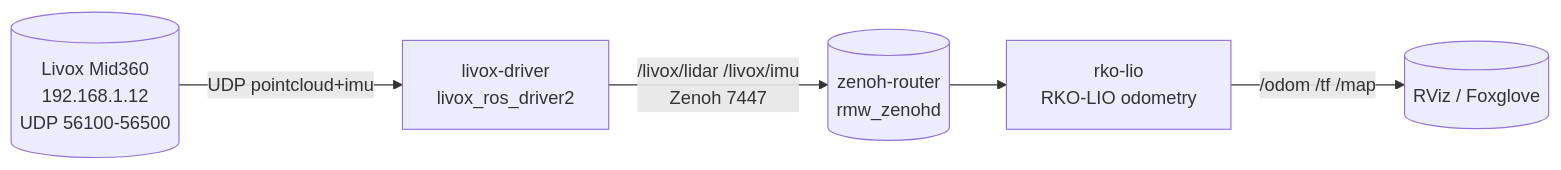
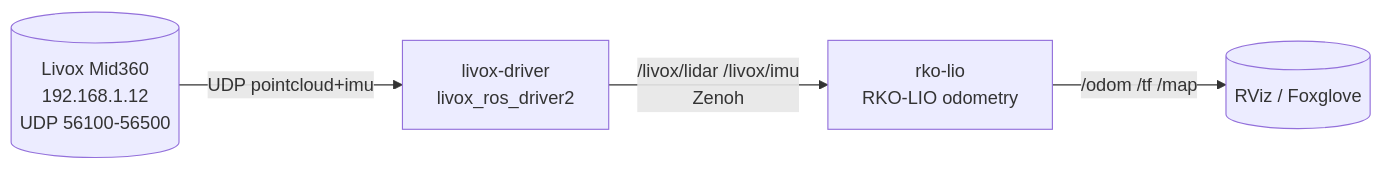
One commit to sattwik-sahu/livox-mid360_rko-lio_ros2 changed the diagram in README.md. Above: the diagram before and after it, drawn with Mermaid. The commit also changed other lines of this file and 16 other files, not shown here.

Commit message:
refactor: Livox LIO title, light theme, remove zenoh router (external pixi), drop mac bridge, fix livox build, tidy dir tree (docker/, config/livox, config/rko_lio)

````diff
--- a/README.md
+++ b/README.md
@@ -71,7 +74,6 @@
 ```mermaid
 flowchart LR
   LIDAR[(Livox Mid360<br/>192.168.1.12<br/>UDP 56100-56500)] -->|UDP pointcloud+imu| DRIVER[livox-driver<br/>livox_ros_driver2]
-  DRIVER -->|/livox/lidar /livox/imu<br/>Zenoh 7447| ZENOH[(zenoh-router<br/>rmw_zenohd)]
-  ZENOH --> RKO[rko-lio<br/>RKO-LIO odometry]
+  DRIVER -->|/livox/lidar /livox/imu<br/>Zenoh| RKO[rko-lio<br/>RKO-LIO odometry]
   RKO -->|/odom /tf /map| RVIZ[(RViz / Foxglove)]
 ```
````
